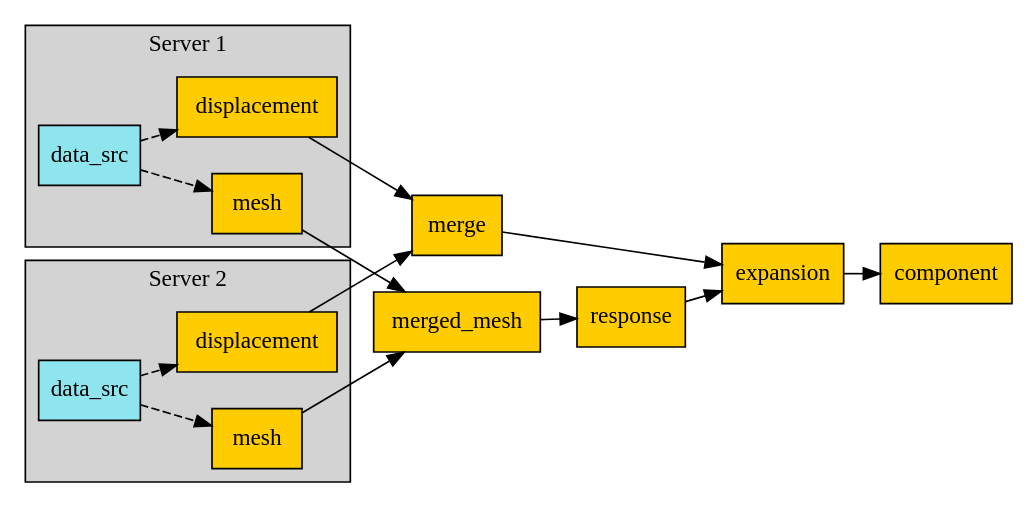
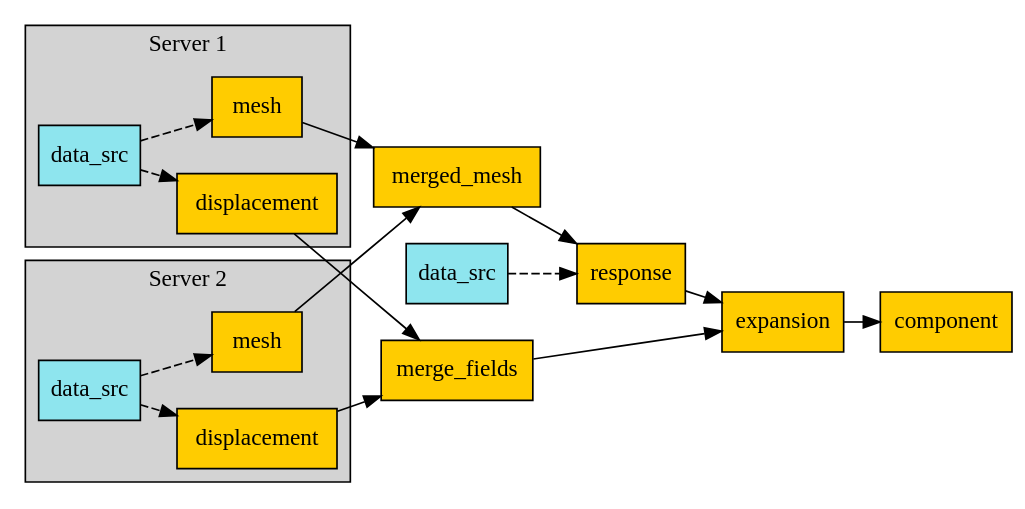
The diagram in docs/source/examples/06-distributed-post/02-operator-dep.dot (ansys/pydpf-core), drawn with Graphviz before and after one commit. The commit also changed 35 other files, not shown here.

```diff
--- a/docs/source/examples/06-distributed-post/02-operator-dep.dot
+++ b/docs/source/examples/06-distributed-post/02-operator-dep.dot
@@ -1,48 +1,51 @@
 digraph foo {
     graph [pad="0", nodesep="0.3", ranksep="0.3"]
     node [shape=box, style=filled, fillcolor="#ffcc00", margin="0"];
     rankdir=LR;
     splines=line;
 
     disp01 [label="displacement"];
     disp02 [label="displacement"];
     mesh01 [label="mesh"];
     mesh02 [label="mesh"];
 
     subgraph cluster_1 {
         ds01 [label="data_src", shape=box, style=filled, fillcolor=cadetblue2];
 
         disp01; mesh01;
 
         ds01 -> disp01 [style=dashed];
         ds01 -> mesh01 [style=dashed];
 
         label="Server 1";
         style=filled;
         fillcolor=lightgrey;
     }
 
     subgraph cluster_2 {
         ds02 [label="data_src", shape=box, style=filled, fillcolor=cadetblue2];
 
 
         disp02; mesh02;
 
         ds02 -> disp02 [style=dashed];
         ds02 -> mesh02 [style=dashed];
 
         label="Server 2";
         style=filled;
         fillcolor=lightgrey;
     }
 
-    disp01 -> "merge";
+    disp01 -> "merge_fields";
     mesh01 -> "merged_mesh";
-    disp02 -> "merge";
+    disp02 -> "merge_fields";
     mesh02 -> "merged_mesh";
+
+    ds03 [label="data_src", shape=box, style=filled, fillcolor=cadetblue2];
+    ds03 -> "response" [style=dashed];
 
     "merged_mesh" -> "response";
     "response" -> "expansion";
-    "merge" -> "expansion";
+    "merge_fields" -> "expansion";
     "expansion" -> "component";
 }
```
